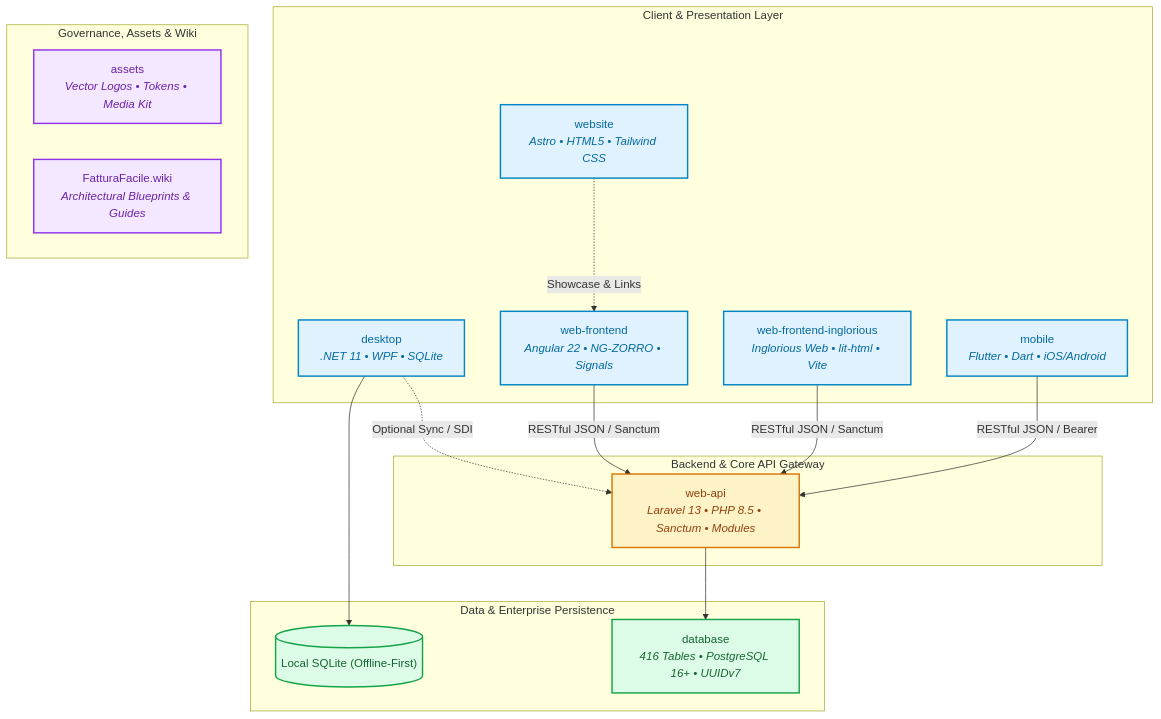
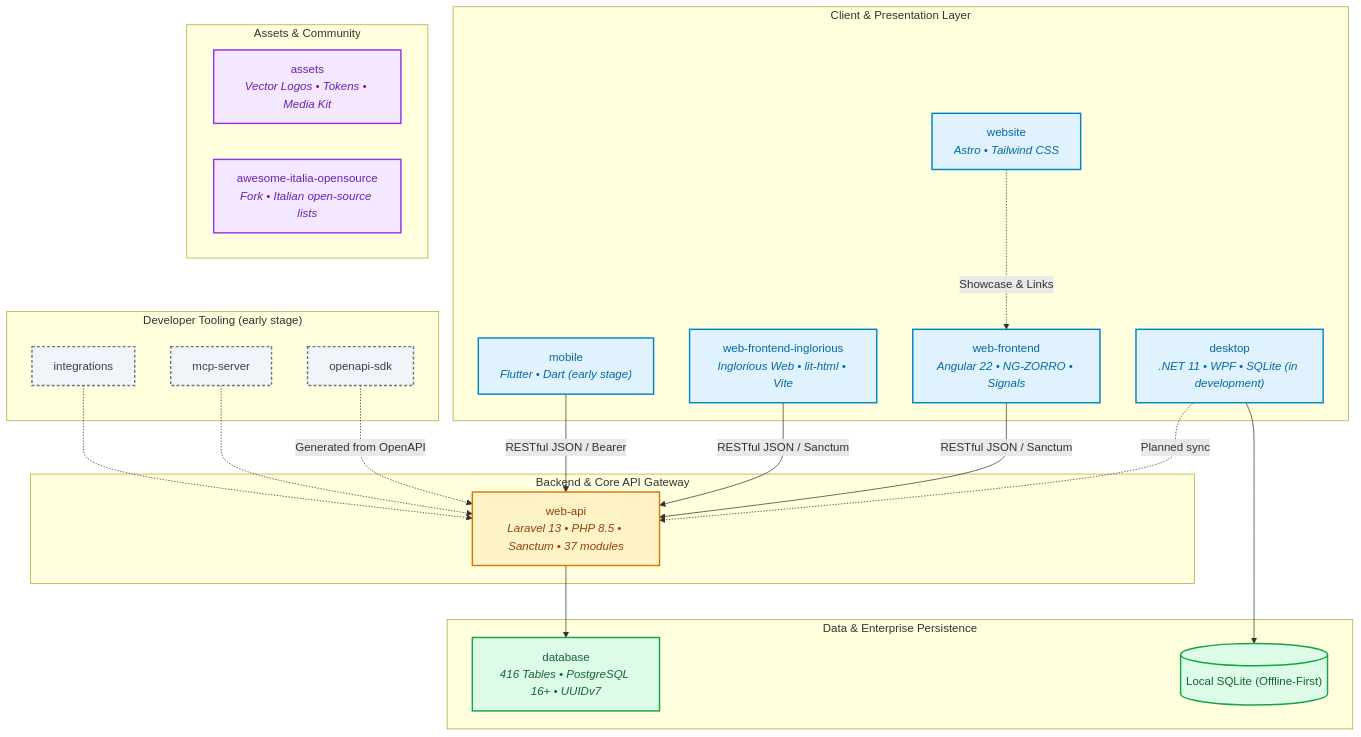
One commit to FatturaFacile/FatturaFacile changed the first of 2 diagrams in README.md. Above: the diagram before and after it, drawn with Mermaid. The commit also changed other lines of this file, not shown here.

````diff
--- a/README.md
+++ b/README.md
@@ -39,37 +49,47 @@
 ```mermaid
 graph TD
     classDef client fill:#e0f2fe,stroke:#0284c7,stroke-width:2px,color:#0369a1;
     classDef service fill:#fef3c7,stroke:#d97706,stroke-width:2px,color:#92400e;
     classDef data fill:#dcfce7,stroke:#16a34a,stroke-width:2px,color:#166534;
     classDef docs fill:#f3e8ff,stroke:#9333ea,stroke-width:2px,color:#6b21a8;
+    classDef dev fill:#f1f5f9,stroke:#64748b,stroke-width:2px,stroke-dasharray:4 3,color:#334155;
 
     subgraph Presentation ["Client & Presentation Layer"]
-        DESK["desktop<br/><i>.NET 11 &bull; WPF &bull; SQLite</i>"]:::client
+        DESK["desktop<br/><i>.NET 11 &bull; WPF &bull; SQLite (in development)</i>"]:::client
         WEB["web-frontend<br/><i>Angular 22 &bull; NG-ZORRO &bull; Signals</i>"]:::client
         WEB_ING["web-frontend-inglorious<br/><i>Inglorious Web &bull; lit-html &bull; Vite</i>"]:::client
-        MOB["mobile<br/><i>Flutter &bull; Dart &bull; iOS/Android</i>"]:::client
-        SITE["website<br/><i>Astro &bull; HTML5 &bull; Tailwind CSS</i>"]:::client
+        MOB["mobile<br/><i>Flutter &bull; Dart (early stage)</i>"]:::client
+        SITE["website<br/><i>Astro &bull; Tailwind CSS</i>"]:::client
+    end
+
+    subgraph Developer ["Developer Tooling (early stage)"]
+        MCP["mcp-server"]:::dev
+        INTEG["integrations"]:::dev
+        SDK["openapi-sdk"]:::dev
     end
 
     subgraph ServiceLayer ["Backend & Core API Gateway"]
-        API["web-api<br/><i>Laravel 13 &bull; PHP 8.5 &bull; Sanctum &bull; Modules</i>"]:::service
+        API["web-api<br/><i>Laravel 13 &bull; PHP 8.5 &bull; Sanctum &bull; 37 modules</i>"]:::service
     end
 
     subgraph DataStorage ["Data & Enterprise Persistence"]
         DB_SQL["database<br/><i>416 Tables &bull; PostgreSQL 16+ &bull; UUIDv7</i>"]:::data
         SQLITE_LOCAL[("Local SQLite (Offline-First)")]:::data
     end
 
-    subgraph StandardsHub ["Governance, Assets & Wiki"]
+    subgraph StandardsHub ["Assets & Community"]
         ASSETS["assets<br/><i>Vector Logos &bull; Tokens &bull; Media Kit</i>"]:::docs
-        WIKI["FatturaFacile.wiki<br/><i>Architectural Blueprints & Guides</i>"]:::docs
+        AWESOME["awesome-italia-opensource<br/><i>Fork &bull; Italian open-source lists</i>"]:::docs
     end
 
     DESK --> SQLITE_LOCAL
-    DESK -.->|Optional Sync / SDI| API
+    DESK -.->|Planned sync| API
     WEB -->|RESTful JSON / Sanctum| API
     WEB_ING -->|RESTful JSON / Sanctum| API
     MOB -->|RESTful JSON / Bearer| API
     SITE -.->|Showcase & Links| WEB
     API --> DB_SQL
+    SDK -.->|Generated from OpenAPI| API
+    MCP -.-> API
+    INTEG -.-> API
 ```
````
